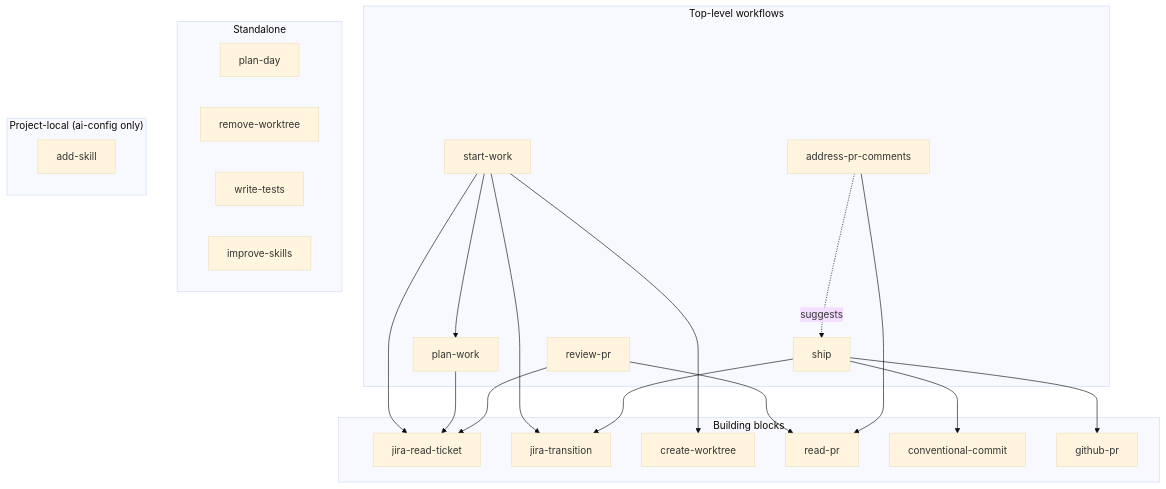
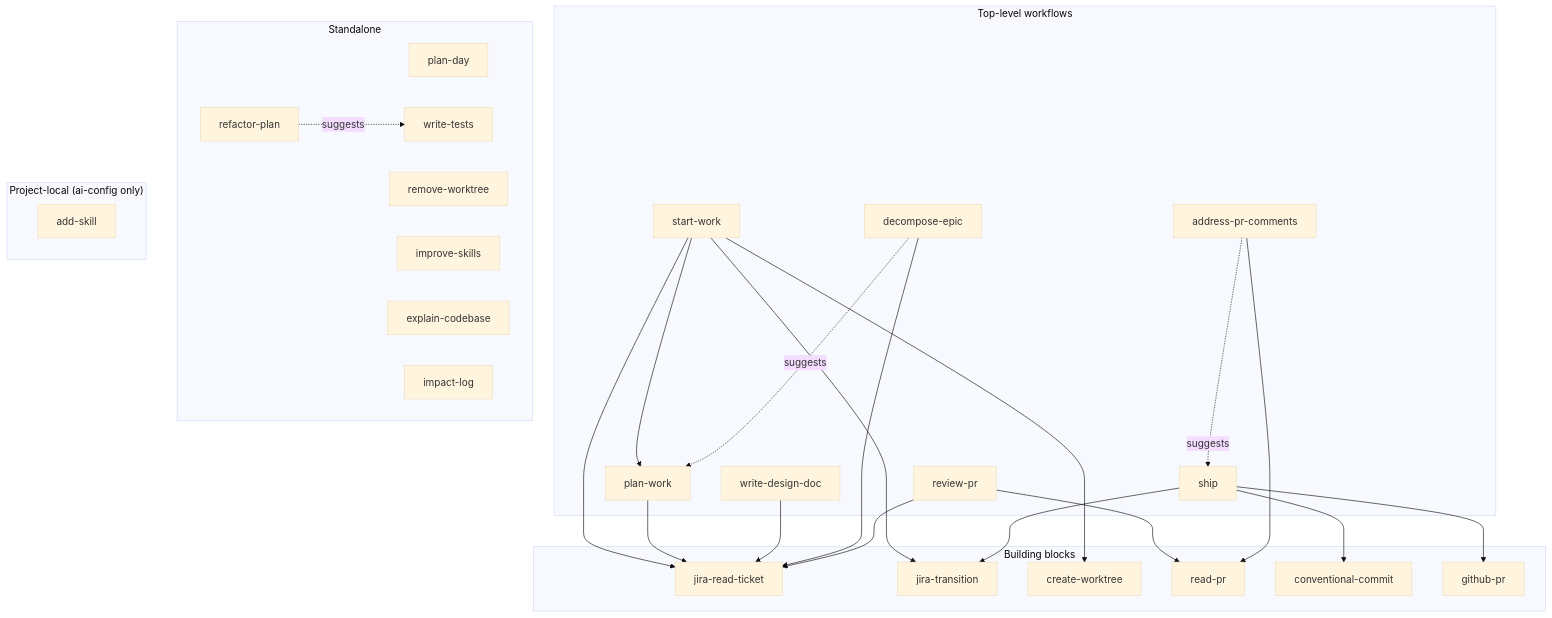
One commit to lanesawyer/ai-config changed the diagram in README.md. Above: the diagram before and after it, drawn with Mermaid (base theme). The commit also changed other lines of this file and 5 other files, not shown here.

````diff
--- a/README.md
+++ b/README.md
@@ -48,47 +53,59 @@
 ```mermaid
 graph TD
     subgraph workflows[Top-level workflows]
         start-work
         ship
         review-pr
         address-pr-comments
         plan-work
+        write-design-doc
+        decompose-epic
     end
 
     subgraph blocks[Building blocks]
         jira-read-ticket
         jira-transition
         create-worktree
         read-pr
         conventional-commit
         github-pr
     end
 
     subgraph standalone[Standalone]
         plan-day
         remove-worktree
         write-tests
         improve-skills
+        explain-codebase
+        refactor-plan
+        impact-log
     end
 
     subgraph local["Project-local (ai-config only)"]
         add-skill
     end
 
     start-work --> jira-read-ticket
     start-work --> jira-transition
     start-work --> create-worktree
     start-work --> plan-work
 
     plan-work --> jira-read-ticket
 
+    write-design-doc --> jira-read-ticket
+
+    decompose-epic --> jira-read-ticket
+    decompose-epic -. suggests .-> plan-work
+
+    refactor-plan -. suggests .-> write-tests
+
     ship --> conventional-commit
     ship --> github-pr
     ship --> jira-transition
 
     review-pr --> read-pr
     review-pr --> jira-read-ticket
 
     address-pr-comments --> read-pr
     address-pr-comments -. suggests .-> ship
 ```
````
